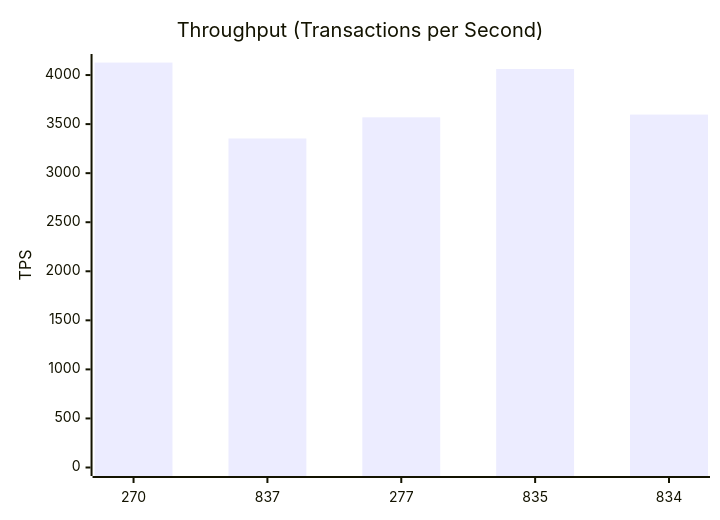
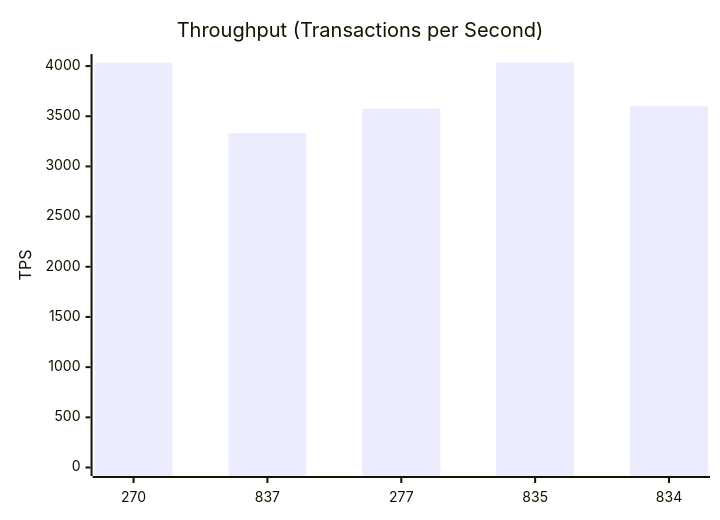
Before and after one commit to dhagan-va/intern-2025: the second of 10 diagrams in test-tools/DataGen/src/Statistics_Visualizer.md, drawn with Mermaid. The commit also changed other lines of this file and 2 other files, not shown here.

````diff
--- a/test-tools/DataGen/src/Statistics_Visualizer.md
+++ b/test-tools/DataGen/src/Statistics_Visualizer.md
@@ -30,7 +30,7 @@
 ```mermaid
 xychart-beta
     title "Throughput (Transactions per Second)"
     x-axis ["270", "837", "277", "835", "834"]
-    y-axis "TPS" 0 --> 4127.9584481315605
-    bar [4126.9584481315605, 3353.4540576794097, 3568.8793718772304, 4061.7384240454912, 3597.1248900179066]
+    y-axis "TPS" 0 --> 4035.5821325648412
+    bar [4032.0, 3332.2314049586776, 3574.41738415058, 4034.5821325648412, 3600.006428582908]
 ```
````
